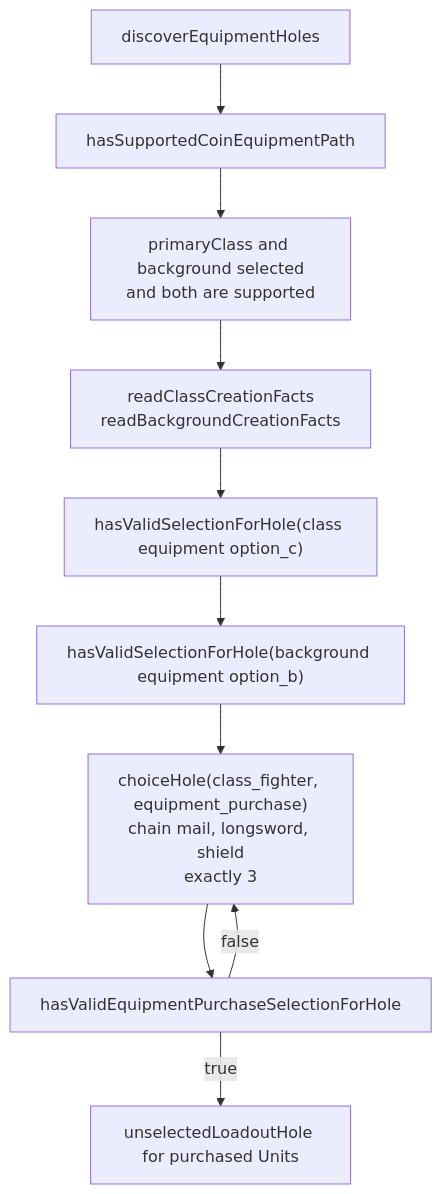
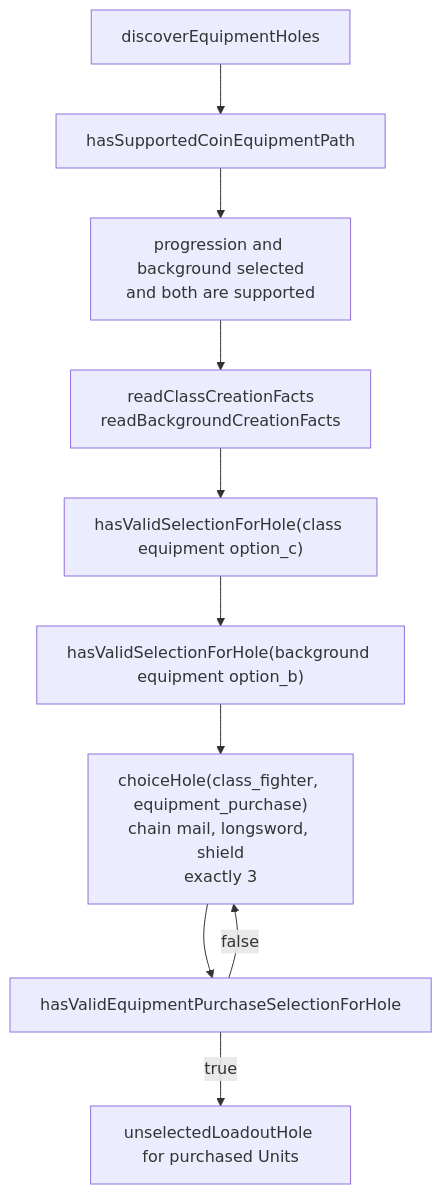
One commit to dearlordylord/5e-quint changed the seventh of 10 diagrams in packages/character-creation-runtime/EXPLANATORY_TIME_DIAGRAM.md. Above: the diagram before and after it, drawn with Mermaid. The commit also changed other lines of this file and 21 other files, not shown here.

````diff
--- a/packages/character-creation-runtime/EXPLANATORY_TIME_DIAGRAM.md
+++ b/packages/character-creation-runtime/EXPLANATORY_TIME_DIAGRAM.md
@@ -410,18 +407,18 @@
 ```mermaid
 flowchart TD
   Equipment["discoverEquipmentHoles"]
   Gate["hasSupportedCoinEquipmentPath"]
-  ClassBg["primaryClass and background selected<br/>and both are supported"]
+  ClassBg["progression and background selected<br/>and both are supported"]
   Read["readClassCreationFacts<br/>readBackgroundCreationFacts"]
   ClassChoice["hasValidSelectionForHole(class equipment option_c)"]
   BgChoice["hasValidSelectionForHole(background equipment option_b)"]
   Purchase["choiceHole(class_fighter, equipment_purchase)<br/>chain mail, longsword, shield<br/>exactly 3"]
   ValidPurchase["hasValidEquipmentPurchaseSelectionForHole"]
   Loadout["unselectedLoadoutHole for purchased Units"]
 
   Equipment --> Gate --> ClassBg --> Read --> ClassChoice --> BgChoice
   BgChoice --> Purchase
   Purchase --> ValidPurchase
   ValidPurchase -->|false| Purchase
   ValidPurchase -->|true| Loadout
 ```
````
